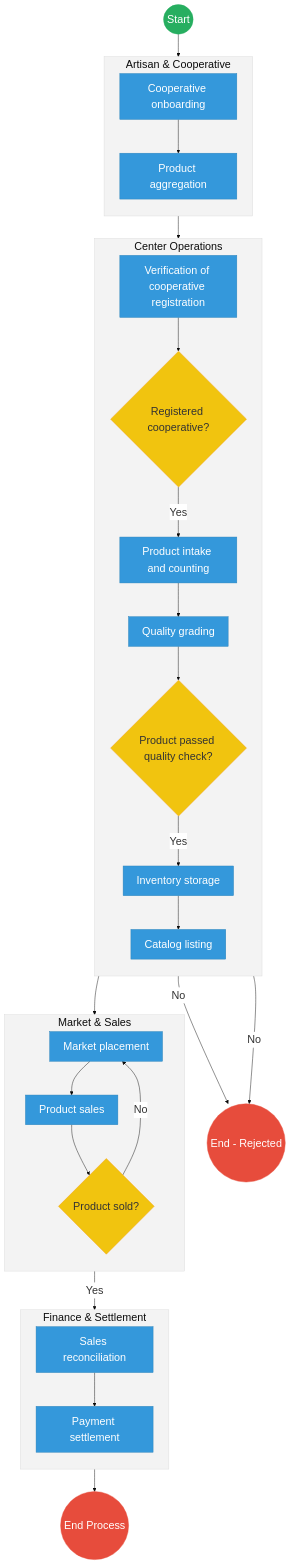
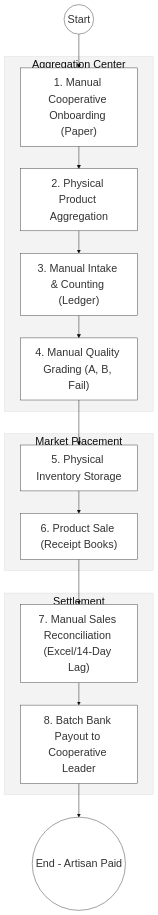
The first of 2 diagrams in mdas/docs_final/priority_mdas/Culture_and_Heritage___Service_Delivery.md (BITZ-IT-Consulting-LTD/ictapoc), drawn with Mermaid before and after one commit. The commit also changed other lines of this file and 37 other files, not shown here.

````diff
--- a/mdas/docs_final/priority_mdas/Culture_and_Heritage___Service_Delivery.md
+++ b/mdas/docs_final/priority_mdas/Culture_and_Heritage___Service_Delivery.md
@@ -39,75 +77,23 @@
 ```mermaid
 %%{init: { 'theme': 'base', 'themeVariables': { 'fontSize': '24px', 'fontFamily': 'Inter, system-ui, sans-serif', 'primaryColor': '#ffffff', 'edgeLabelBackground':'#ffffff', 'tertiaryColor': '#f3f3f3', 'mainBkg': '#ffffff', 'nodeBorder': '#333333' } } }%%
 flowchart TD
-    %% Events
-    Start((Start))
-    EndProcess(("End Process"))
-    EndReject(("End - Rejected"))
-
-    subgraph Artisan["Artisan & Cooperative"]
-        direction TB
-        Onboard["Cooperative onboarding"]
-        Aggregate["Product aggregation"]
+    Start((Start)) --> Onboard["1. Manual Cooperative Onboarding (Paper)"]
+    
+    subgraph Intake_Silo["Aggregation Center"]
+        Onboard --> Aggregate["2. Physical Product Aggregation"]
+        Aggregate --> Intake["3. Manual Intake & Counting (Ledger)"]
+        Intake --> Quality["4. Manual Quality Grading (A, B, Fail)"]
     end
 
-    subgraph CenterOps["Center Operations"]
-        direction TB
-        VerifyReg["Verification of cooperative registration"]
-        RegGateway{"Registered cooperative?"}
-        Intake["Product intake and counting"]
-        QualityGrad["Quality grading"]
-        QualGateway{"Product passed quality check?"}
-        StoreInv["Inventory storage"]
-        CatList["Catalog listing"]
+    subgraph Sales_Silo["Market Placement"]
+        Quality --> Store["5. Physical Inventory Storage"]
+        Store --> Sale["6. Product Sale (Receipt Books)"]
     end
 
-    subgraph MarketSales["Market & Sales"]
-        direction TB
-        MarketPlac["Market placement"]
-        ProdSale["Product sales"]
-        SoldGateway{"Product sold?"}
+    subgraph Finance_Silo["Settlement"]
+        Sale --> Reconcile["7. Manual Sales Reconciliation (Excel/14-Day Lag)"]
+        Reconcile --> PaySett["8. Batch Bank Payout to Cooperative Leader"]
     end
 
-    subgraph Settlement["Finance & Settlement"]
-        direction TB
-        SalesRec["Sales reconciliation"]
-        PaySett["Payment settlement"]
-    end
-
-    %% Flow connections
-    Start --> Onboard
-    Onboard --> Aggregate
-    Aggregate --> VerifyReg
-    VerifyReg --> RegGateway
-    
-    RegGateway -- "No" --> EndReject
-    RegGateway -- "Yes" --> Intake
-    
-    Intake --> QualityGrad
-    QualityGrad --> QualGateway
-    
-    QualGateway -- "No" --> EndReject
-    QualGateway -- "Yes" --> StoreInv
-    
-    StoreInv --> CatList
-    CatList --> MarketPlac
-    MarketPlac --> ProdSale
-    ProdSale --> SoldGateway
-    
-    SoldGateway -- "No" --> MarketPlac
-    SoldGateway -- "Yes" --> SalesRec
-    
-    SalesRec --> PaySett
-    PaySett --> EndProcess
-
-    %% Styling
-    classDef startEvent fill:#27ae60,stroke:#27ae60,color:#fff,font-size:24px,font-size:24px;;
-    classDef endEvent fill:#e74c3c,stroke:#e74c3c,color:#fff,font-size:24px,font-size:24px;;
-    classDef userTask fill:#3498db,stroke:#2980b9,color:#fff,font-size:24px,font-size:24px;;
-    classDef gateway fill:#f1c40f,stroke:#f39c12,color:#333,font-size:24px,font-size:24px;;
-    
-    class Start startEvent;
-    class EndProcess,EndReject endEvent;
-    class RegGateway,QualGateway,SoldGateway gateway;
-    class Onboard,Aggregate,VerifyReg,Intake,QualityGrad,StoreInv,CatList,MarketPlac,ProdSale,SalesRec,PaySett userTask;
+    PaySett --> EndProcess(("End - Artisan Paid"))
 ```
````
